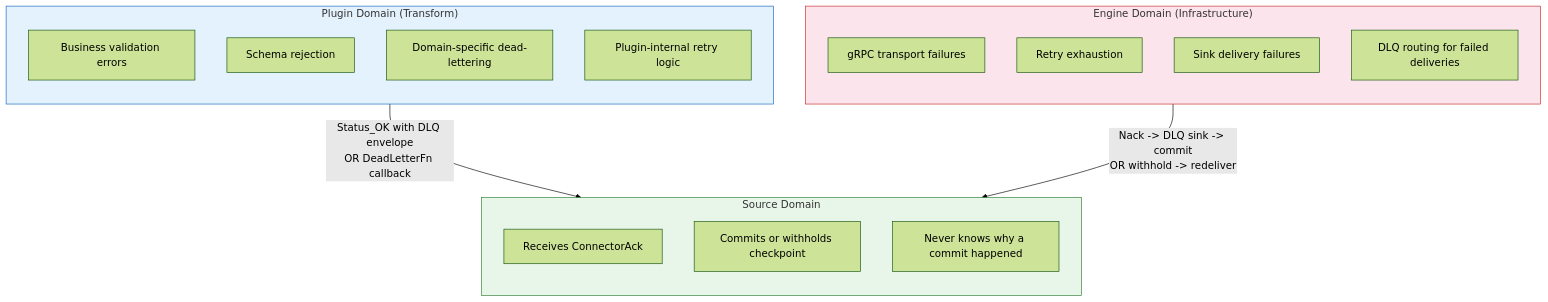
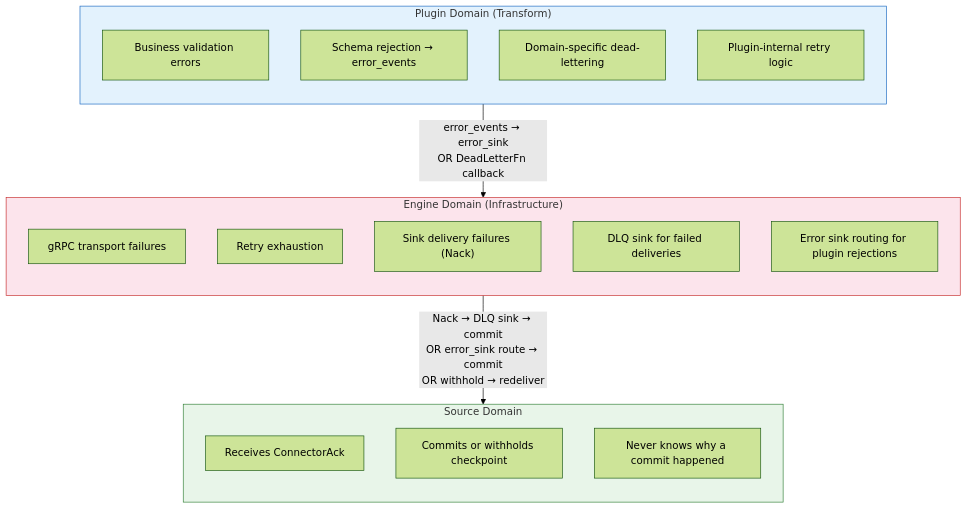
The first of 5 diagrams in docs/specs/error-ownership.md (mohsanabbas/quanta), drawn with Mermaid (forest theme) before and after one commit. The commit also changed other lines of this file and 8 other files, not shown here.

First line of the commit message:
feat: S3 NackAware + error_sink config tests + stale docs update

````diff
--- a/docs/specs/error-ownership.md
+++ b/docs/specs/error-ownership.md
@@ -13,32 +13,33 @@
 ```mermaid
 flowchart TB
     subgraph PLUGIN["Plugin Domain (Transform)"]
         direction TB
         P1["Business validation errors"]
-        P2["Schema rejection"]
+        P2["Schema rejection → error_events"]
         P3["Domain-specific dead-lettering"]
         P4["Plugin-internal retry logic"]
     end
 
     subgraph ENGINE["Engine Domain (Infrastructure)"]
         direction TB
         E1["gRPC transport failures"]
         E2["Retry exhaustion"]
-        E3["Sink delivery failures"]
-        E4["DLQ routing for failed deliveries"]
+        E3["Sink delivery failures (Nack)"]
+        E4["DLQ sink for failed deliveries"]
+        E5["Error sink routing for plugin rejections"]
     end
 
     subgraph SOURCE["Source Domain"]
         direction TB
         S1["Receives ConnectorAck"]
         S2["Commits or withholds checkpoint"]
         S3["Never knows why a commit happened"]
     end
 
-    PLUGIN -->|"Status_OK with DLQ envelope<br/>OR DeadLetterFn callback"| SOURCE
-    ENGINE -->|"Nack -> DLQ sink -> commit<br/>OR withhold -> redeliver"| SOURCE
+    PLUGIN -->|"error_events → error_sink<br/>OR DeadLetterFn callback"| ENGINE
+    ENGINE -->|"Nack → DLQ sink → commit<br/>OR error_sink route → commit<br/>OR withhold → redeliver"| SOURCE
 
     style PLUGIN fill:#e3f2fd,stroke:#1565c0
     style ENGINE fill:#fce4ec,stroke:#c62828
     style SOURCE fill:#e8f5e9,stroke:#2e7d32
 ```
````
